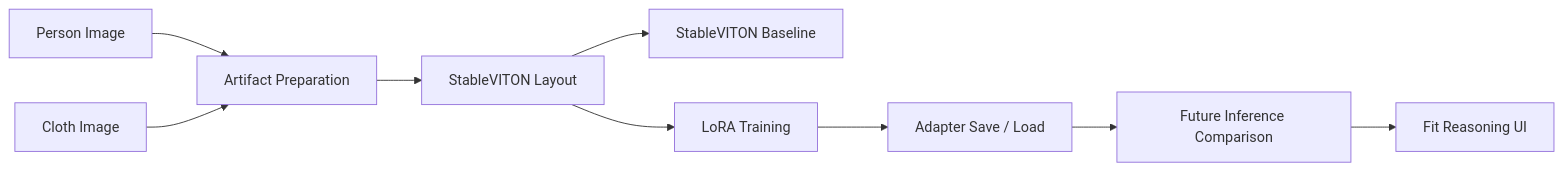
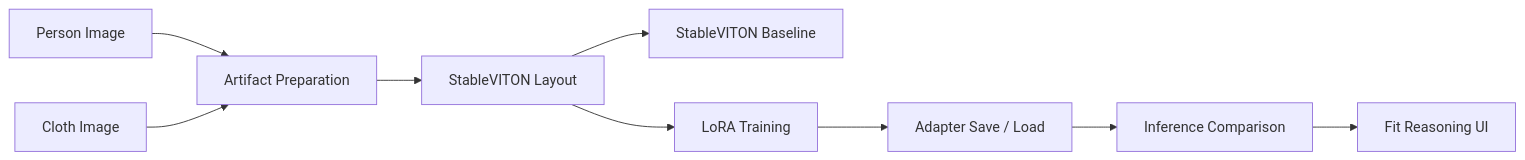
Before and after one commit to hwistlezz/fit-reasoning-vton: the first of 2 diagrams in README.md, drawn with Mermaid. The commit also changed other lines of this file, not shown here.

````diff
--- a/README.md
+++ b/README.md
@@ -232,11 +232,11 @@
 ```mermaid
 flowchart LR
   A[Person Image] --> C[Artifact Preparation]
   B[Cloth Image] --> C
   C --> D[StableVITON Layout]
   D --> E[StableVITON Baseline]
   D --> F[LoRA Training]
   F --> G[Adapter Save / Load]
-  G --> H[Future Inference Comparison]
+  G --> H[Inference Comparison]
   H --> I[Fit Reasoning UI]
 ```  
````
